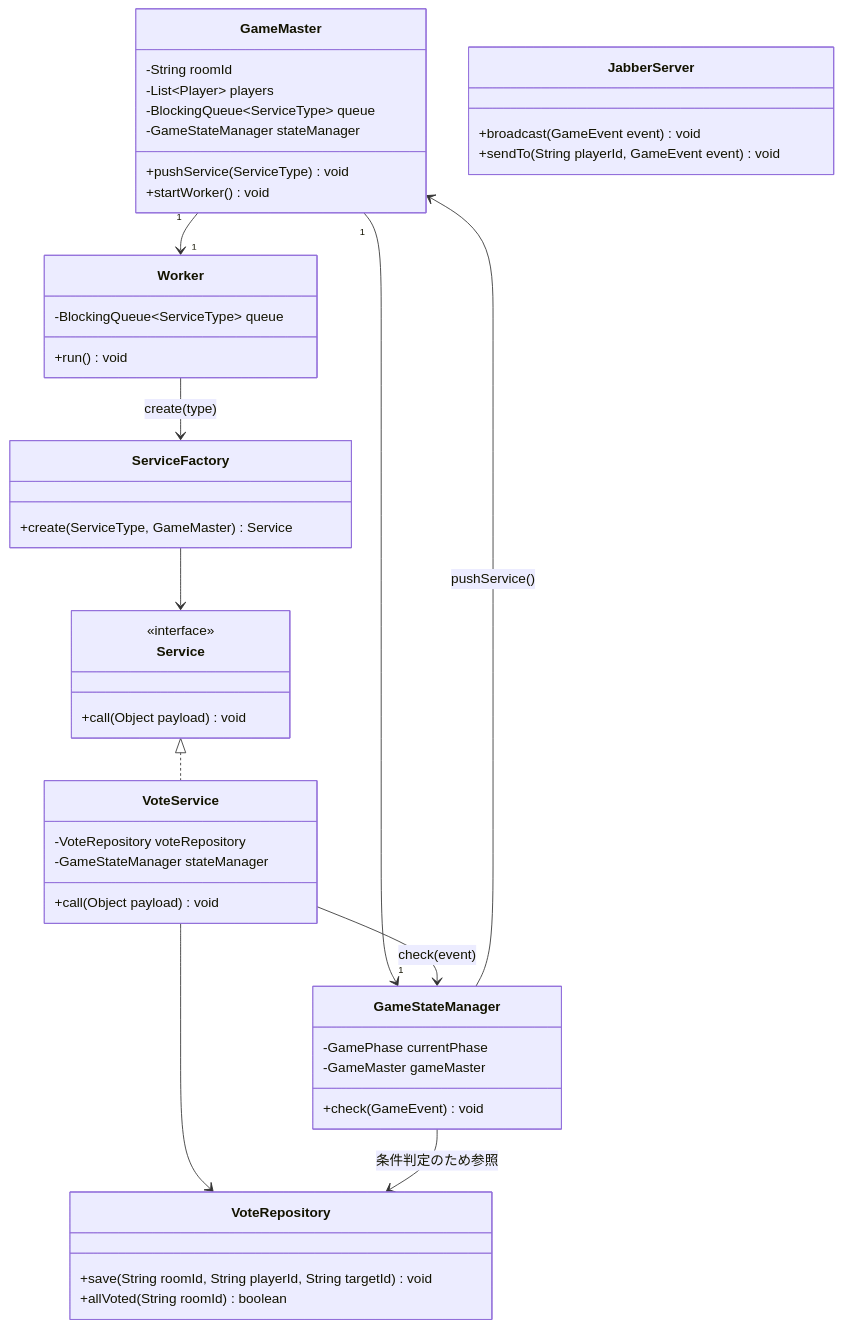
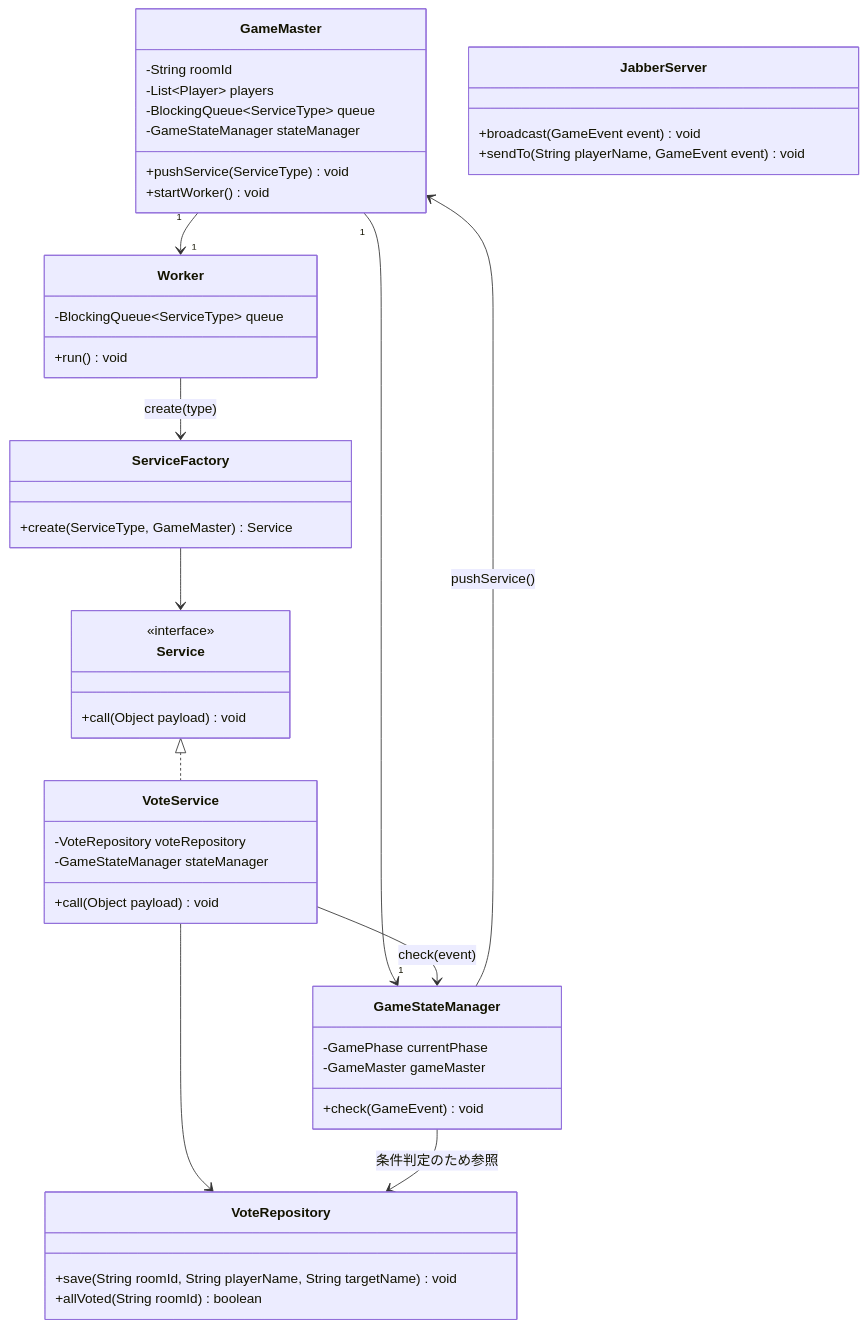
The third of 4 diagrams in docs/architecture.md (doguto/waseda-soft-exp), drawn with Mermaid before and after one commit. The commit also changed other lines of this file and 99 other files, not shown here.

````diff
--- a/docs/architecture.md
+++ b/docs/architecture.md
@@ -135,57 +135,57 @@
 ```mermaid
 classDiagram
     class GameMaster {
         -String roomId
         -List~Player~ players
         -BlockingQueue~ServiceType~ queue
         -GameStateManager stateManager
         +pushService(ServiceType) void
         +startWorker() void
     }
 
     class GameStateManager {
         -GamePhase currentPhase
         -GameMaster gameMaster
         +check(GameEvent) void
     }
 
     class Service {
         <<interface>>
         +call(Object payload) void
     }
 
     class ServiceFactory {
         +create(ServiceType, GameMaster) Service
     }
 
     class Worker {
         -BlockingQueue~ServiceType~ queue
         +run() void
     }
 
     class JabberServer {
         +broadcast(GameEvent event) void
-        +sendTo(String playerId, GameEvent event) void
+        +sendTo(String playerName, GameEvent event) void
     }
 
     class VoteService {
         -VoteRepository voteRepository
         -GameStateManager stateManager
         +call(Object payload) void
     }
 
     class VoteRepository {
-        +save(String roomId, String playerId, String targetId) void
+        +save(String roomId, String playerName, String targetName) void
         +allVoted(String roomId) boolean
     }
 
     GameMaster "1" --> "1" GameStateManager
     GameMaster "1" --> "1" Worker
     Worker --> ServiceFactory : create(type)
     ServiceFactory --> Service
     Service <|.. VoteService
     VoteService --> VoteRepository
     VoteService --> GameStateManager : check(event)
     GameStateManager --> GameMaster : pushService()
     GameStateManager --> VoteRepository : 条件判定のため参照
 ```
````
